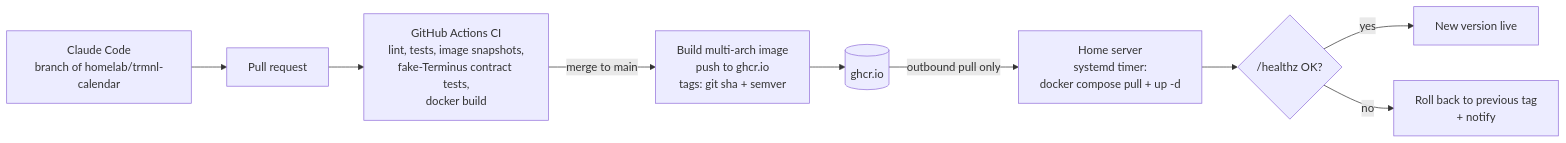
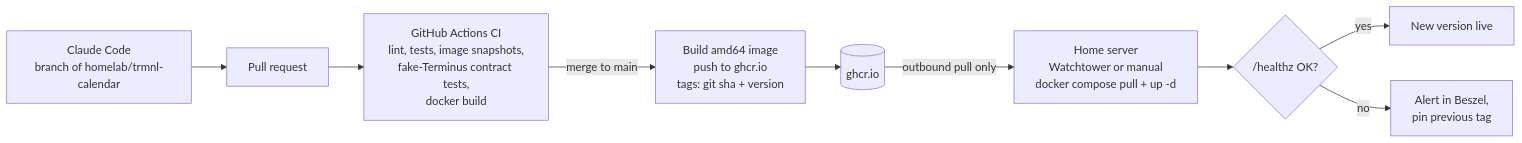
The diagram in trmnl-calendar/docs/12-delivery-pipeline.md (sirvishal-homelab/homelab), drawn with Mermaid before and after one commit. The commit also changed other lines of this file and 49 other files, not shown here.

````diff
--- a/trmnl-calendar/docs/12-delivery-pipeline.md
+++ b/trmnl-calendar/docs/12-delivery-pipeline.md
@@ -74,11 +96,11 @@
 ```mermaid
 flowchart LR
   dev["Claude Code<br/>branch of homelab/trmnl-calendar"] --> pr["Pull request"]
   pr --> ci["GitHub Actions CI<br/>lint, tests, image snapshots,<br/>fake-Terminus contract tests,<br/>docker build"]
-  ci -->|"merge to main"| rel["Build multi-arch image<br/>push to ghcr.io<br/>tags: git sha + semver"]
+  ci -->|"merge to main"| rel["Build amd64 image<br/>push to ghcr.io<br/>tags: git sha + version"]
   rel --> reg[("ghcr.io")]
-  reg -->|"outbound pull only"| srv["Home server<br/>systemd timer:<br/>docker compose pull + up -d"]
+  reg -->|"outbound pull only"| srv["Home server<br/>Watchtower or manual<br/>docker compose pull + up -d"]
   srv --> hc{"/healthz OK?"}
   hc -- yes --> ok["New version live"]
-  hc -- no --> rb["Roll back to previous tag<br/>+ notify"]
+  hc -- no --> rb["Alert in Beszel,<br/>pin previous tag"]
 ```
````
